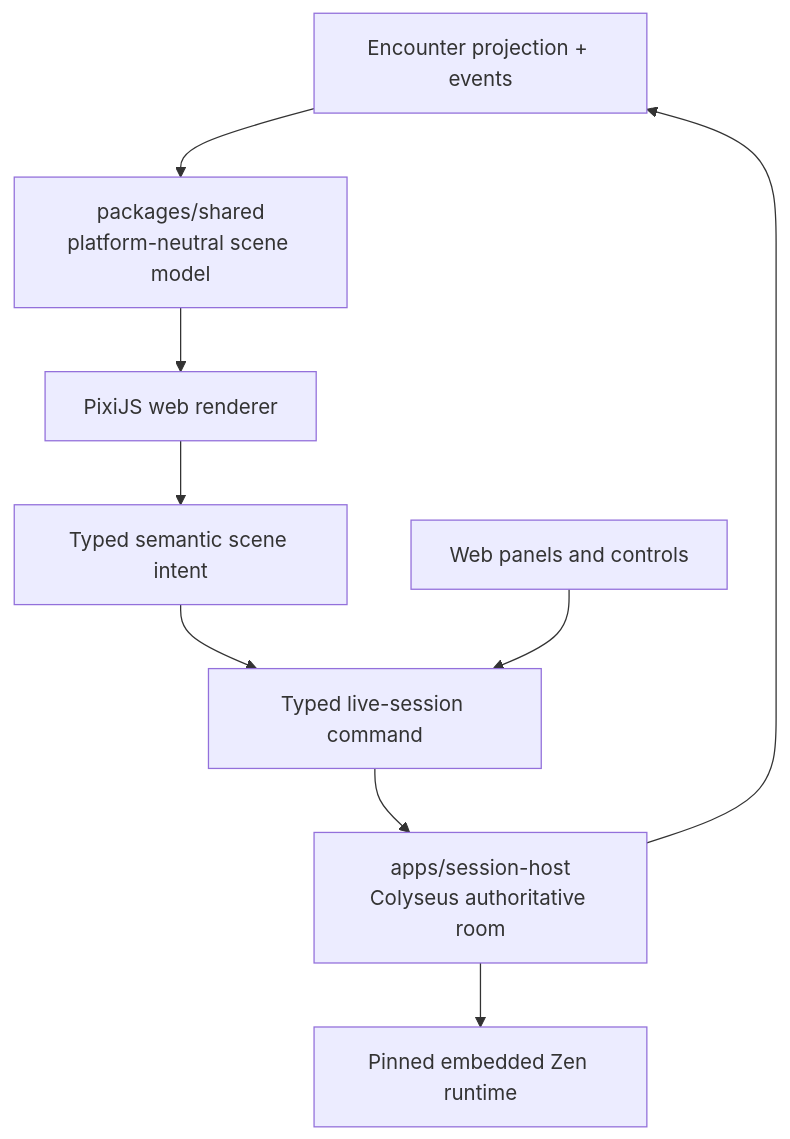
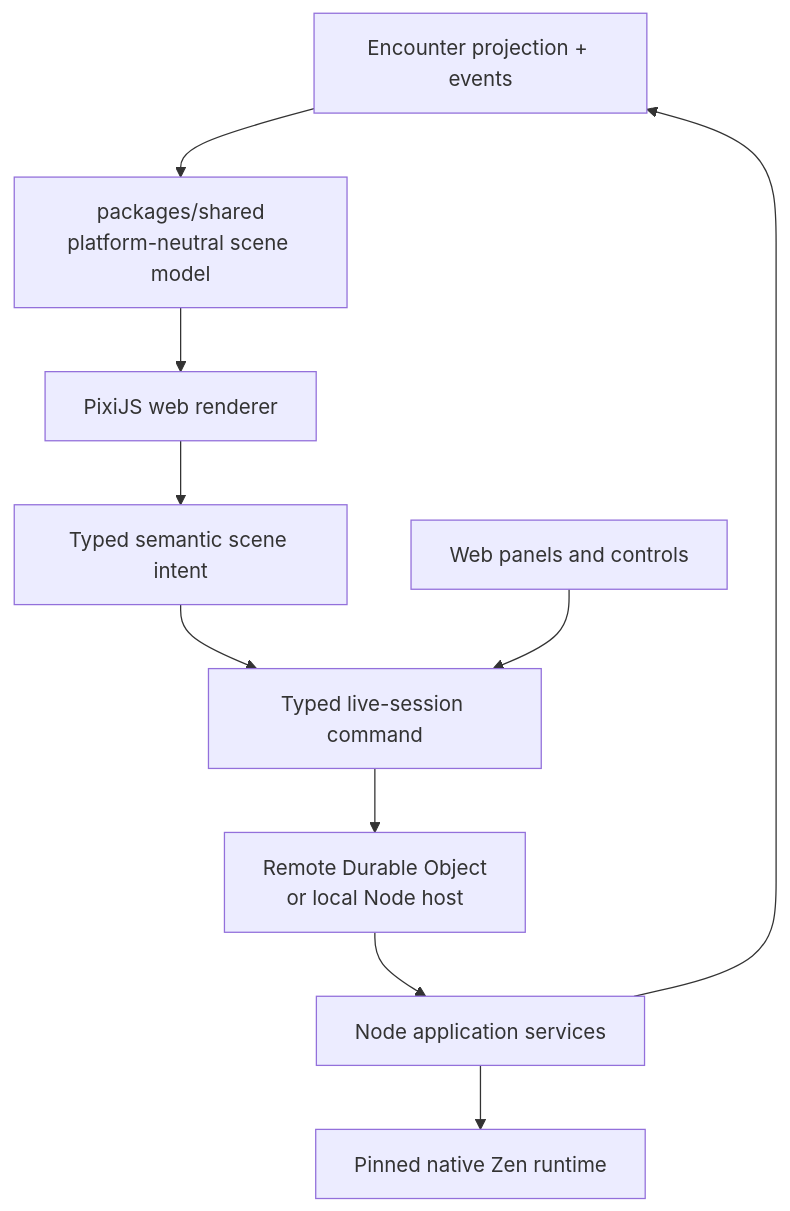
The first of 2 diagrams in docs/roadmap/08-vtt.md (MPiland/artificer-toolkit), drawn with Mermaid before and after one commit. The commit also changed other lines of this file and 237 other files, not shown here.

````diff
--- a/docs/roadmap/08-vtt.md
+++ b/docs/roadmap/08-vtt.md
@@ -39,12 +44,13 @@
 ```mermaid
 flowchart TD
   Encounter["Encounter projection + events"] --> Scene["packages/shared<br/>platform-neutral scene model"]
   Scene --> WebRenderer["PixiJS web renderer"]
   WebRenderer --> Intent["Typed semantic scene intent"]
   Intent --> Command["Typed live-session command"]
-  Command --> Host["apps/session-host\nColyseus authoritative room"]
-  Host --> Encounter
-  Host --> Zen["Pinned embedded Zen runtime"]
+  Command --> Coordinator["Remote Durable Object\nor local Node host"]
+  Coordinator --> Executor["Node application services"]
+  Executor --> Encounter
+  Executor --> Zen["Pinned native Zen runtime"]
 
   WebUI["Web panels and controls"] --> Command
 ```
````
